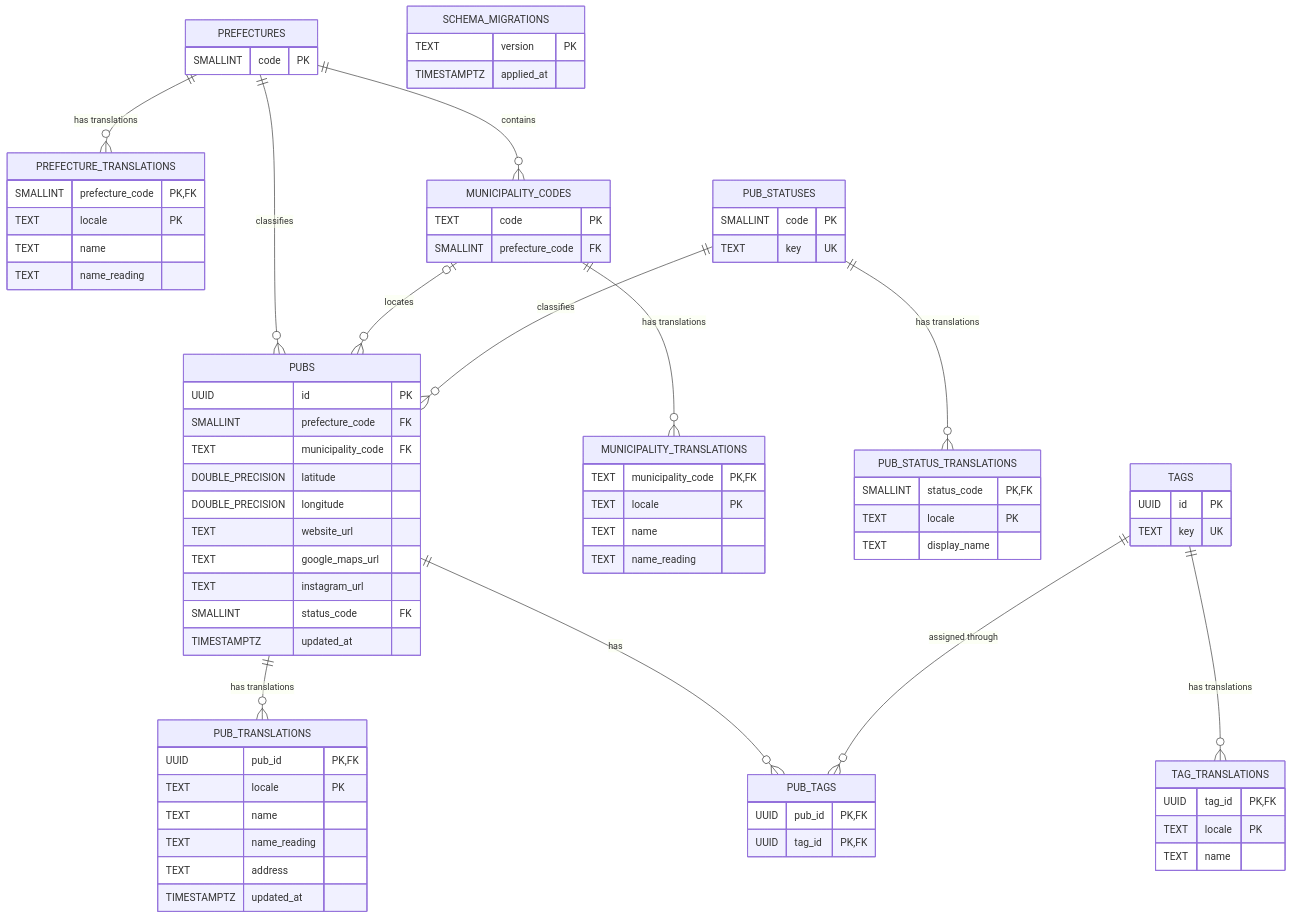
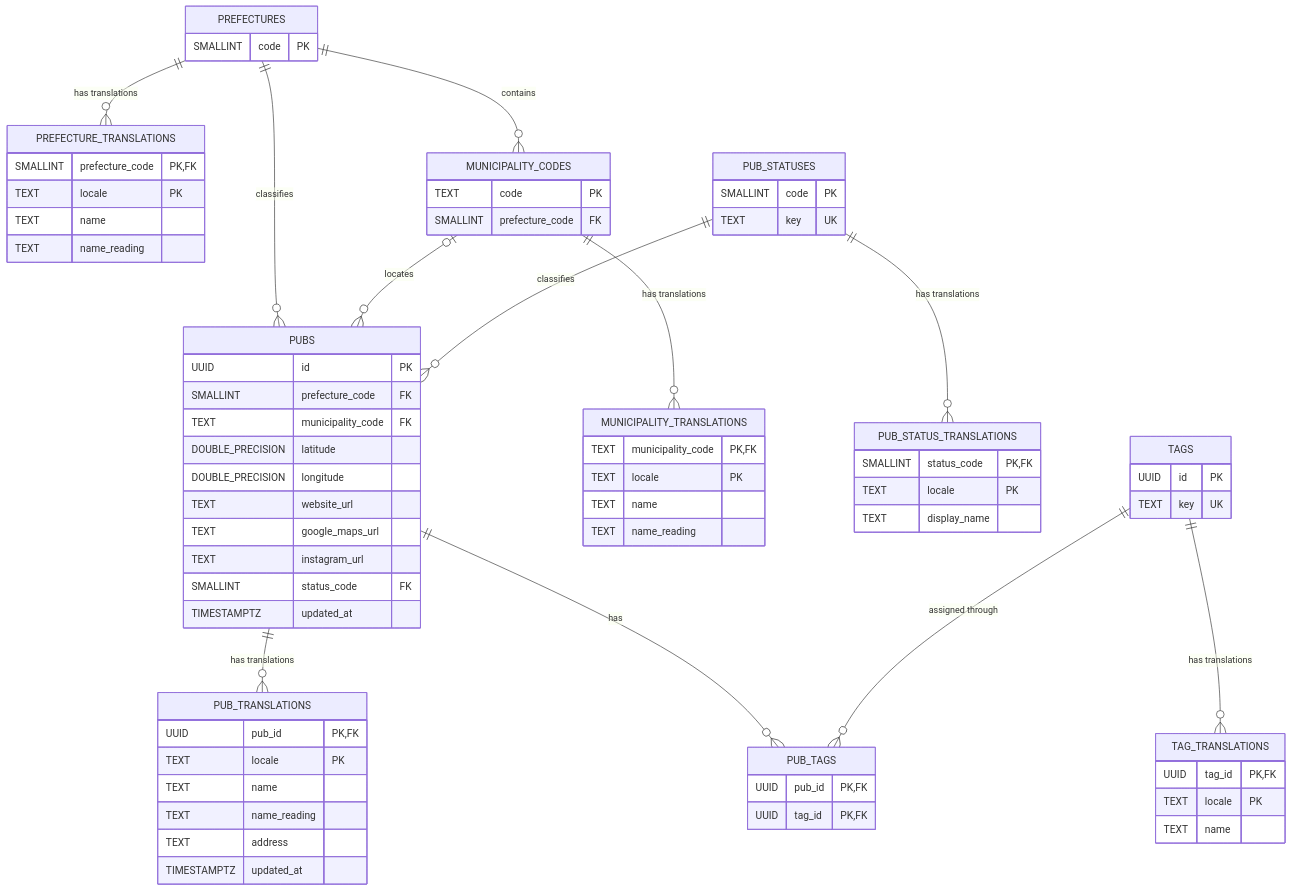
The diagram in docs/specs/database.md (yusukefr/irishpub-map), drawn with Mermaid before and after one commit. The commit also changed other lines of this file and 5 other files, not shown here.

````diff
--- a/docs/specs/database.md
+++ b/docs/specs/database.md
@@ -30,80 +29,76 @@
 ```mermaid
 erDiagram
   PREFECTURES ||--o{ PREFECTURE_TRANSLATIONS : "has translations"
   PREFECTURES ||--o{ MUNICIPALITY_CODES : "contains"
   PREFECTURES ||--o{ PUBS : "classifies"
   MUNICIPALITY_CODES ||--o{ MUNICIPALITY_TRANSLATIONS : "has translations"
   MUNICIPALITY_CODES o|--o{ PUBS : "locates"
   PUB_STATUSES ||--o{ PUB_STATUS_TRANSLATIONS : "has translations"
   PUB_STATUSES ||--o{ PUBS : "classifies"
   PUBS ||--o{ PUB_TRANSLATIONS : "has translations"
   PUBS ||--o{ PUB_TAGS : "has"
   TAGS ||--o{ TAG_TRANSLATIONS : "has translations"
   TAGS ||--o{ PUB_TAGS : "assigned through"
 
   PUBS {
     UUID id PK
     SMALLINT prefecture_code FK
     TEXT municipality_code FK
     DOUBLE_PRECISION latitude
     DOUBLE_PRECISION longitude
     TEXT website_url
     TEXT google_maps_url
     TEXT instagram_url
     SMALLINT status_code FK
     TIMESTAMPTZ updated_at
   }
   PUB_TRANSLATIONS {
     UUID pub_id PK, FK
     TEXT locale PK
     TEXT name
     TEXT name_reading
     TEXT address
     TIMESTAMPTZ updated_at
   }
   PREFECTURES {
     SMALLINT code PK
   }
   PREFECTURE_TRANSLATIONS {
     SMALLINT prefecture_code PK, FK
     TEXT locale PK
     TEXT name
     TEXT name_reading
   }
   MUNICIPALITY_CODES {
     TEXT code PK
     SMALLINT prefecture_code FK
   }
   MUNICIPALITY_TRANSLATIONS {
     TEXT municipality_code PK, FK
     TEXT locale PK
     TEXT name
     TEXT name_reading
   }
   PUB_STATUSES {
     SMALLINT code PK
     TEXT key UK
   }
   PUB_STATUS_TRANSLATIONS {
     SMALLINT status_code PK, FK
     TEXT locale PK
     TEXT display_name
   }
   TAGS {
     UUID id PK
     TEXT key UK
   }
   TAG_TRANSLATIONS {
     UUID tag_id PK, FK
     TEXT locale PK
     TEXT name
   }
   PUB_TAGS {
     UUID pub_id PK, FK
     UUID tag_id PK, FK
   }
-  SCHEMA_MIGRATIONS {
-    TEXT version PK
-    TIMESTAMPTZ applied_at
-  }
 ```
````
